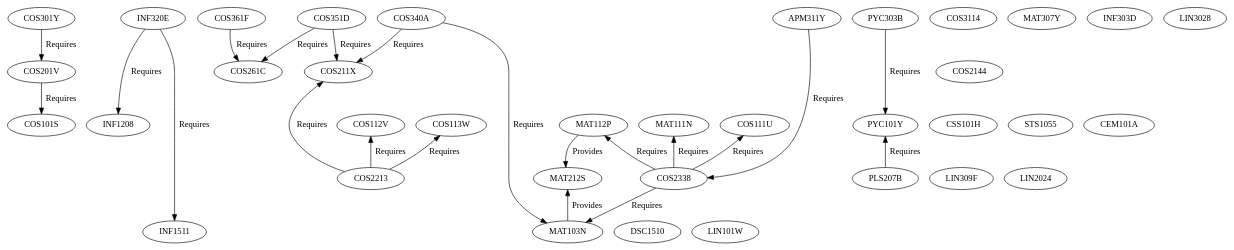
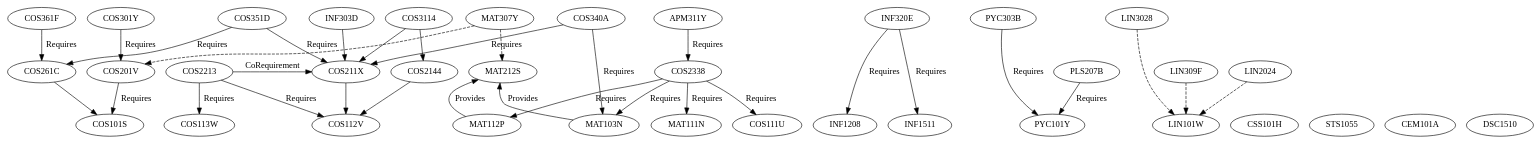
The diagram in Unisa/ComputationalIntelligence.dot (apauley/RandomHacks), drawn with Graphviz before and after one commit.

Commit message:
Updated GraphViz graph of Unisa modules

```diff
--- a/Unisa/ComputationalIntelligence.dot
+++ b/Unisa/ComputationalIntelligence.dot
@@ -1,49 +1,51 @@
 digraph ComputationalIntelligence {
 	//L3Compulsory [label="Level 3 Compulsory"]
 	{rank=same; COS301Y INF320E COS351D COS361F PYC303B}
 
 	//L3Optional [label="Level 3 Optional"]
 	{rank=same; COS3114 APM311Y MAT307Y INF303D LIN3028 COS340A}
   
 	//L2Compulsory [label="Level 2 Compulsory"]
 	{rank=same; COS201V COS211X COS261C COS2144}
 
 	//L2Optional [label="Level 2 Optional"]
 	{rank=same; COS2213 COS2338 MAT212S LIN309F LIN2024 PLS207B}
 
 	//L1Compulsory [label="Level 1 Compulsory"]
 	{rank=same; COS101S COS112V COS113W INF1208 MAT112P MAT111N PYC101Y COS111U CSS101H STS1055 CEM101A}
 
 	//L1Optional [label="Level 1 Optional"]
 	{rank=same; MAT103N DSC1510 LIN101W INF1511}
 
 	COS301Y -> {COS201V} [label=Requires]
 	INF320E -> {INF1208 INF1511} [label=Requires]
 	COS351D -> {COS211X COS261C} [label=Requires]
 	COS361F -> {COS261C} [label=Requires]
 	PYC303B -> {PYC101Y} [label=Requires]
 
-	COS3114
+	COS3114 -> {COS211X COS2144}
 	APM311Y -> {COS2338} [label=Requires]
-	MAT307Y
-	INF303D
-	LIN3028
+	MAT307Y -> {MAT212S COS201V} [style=dashed]
+	INF303D -> {COS211X}
+	LIN3028 -> {LIN101W} [style=dashed]
 	COS340A -> {COS211X MAT103N} [label=Requires]
 
 
 	COS201V -> {COS101S} [label=Requires]
-	COS211X
-	COS261C
-	COS2144
+	COS211X -> {COS112V}
+	COS261C -> {COS101S}
+	COS2144 -> {COS112V}
 
-	COS2213 -> {COS112V COS113W COS211X} [label=Requires]
+	{rank=same; COS2213 COS211X}
+	COS2213 -> {COS112V COS113W} [label=Requires]
+	COS2213 -> {COS211X} [label=CoRequirement]
 	COS2338 -> {COS111U MAT103N MAT111N MAT112P} [label=Requires]
 	MAT212S
-	LIN309F
-	LIN2024
+	LIN309F -> {LIN101W} [style=dashed]
+	LIN2024 -> {LIN101W} [style=dashed]
 	PLS207B -> {PYC101Y} [label=Requires]
 
 
 	MAT103N -> {MAT212S} [label=Provides]
 	MAT112P -> {MAT212S} [label=Provides]
 }
```
